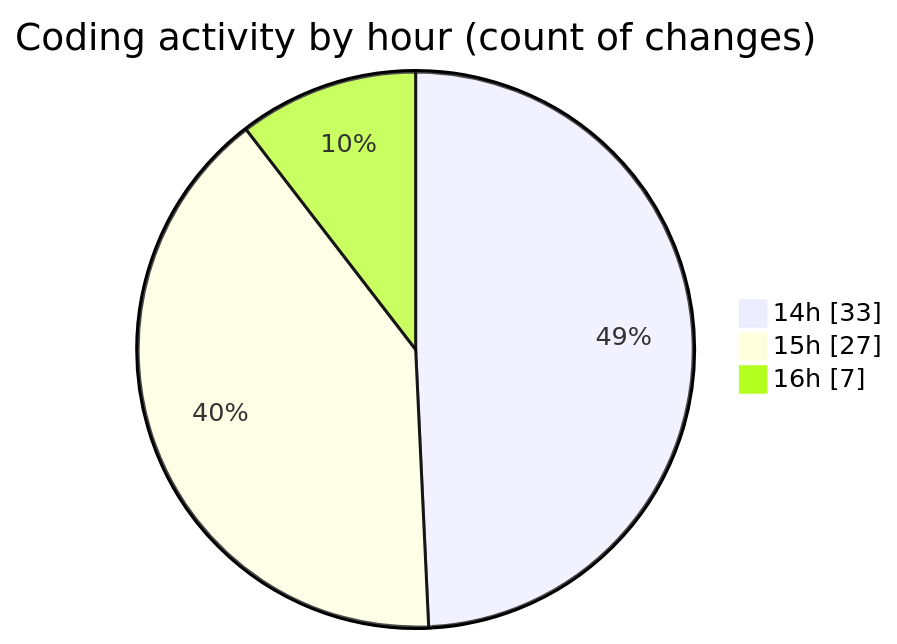
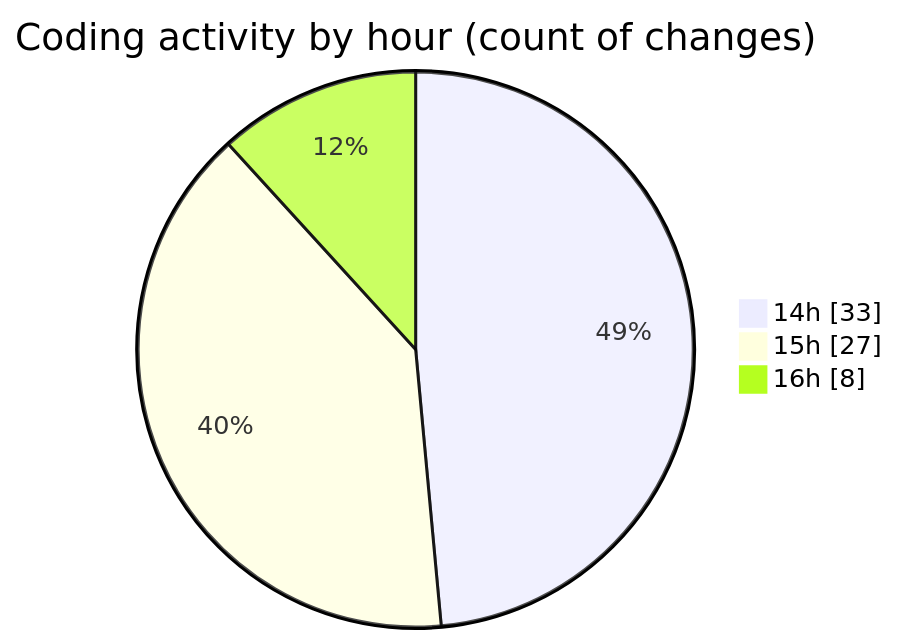
Before and after one commit to jadenblack/code-tracking: the second of 2 diagrams in 2026-03-04/shadcn-admin-kit-main__workspace_/README.md, drawn with Mermaid. The commit also changed other lines of this file and 1 other file, not shown here.

````diff
--- a/2026-03-04/shadcn-admin-kit-main__workspace_/README.md
+++ b/2026-03-04/shadcn-admin-kit-main__workspace_/README.md
@@ -64,7 +64,7 @@
 ```mermaid
 pie showData
 title Coding activity by hour (count of changes)
 "14h" : 33
 "15h" : 27
-"16h" : 7
+"16h" : 8
 ```
````
